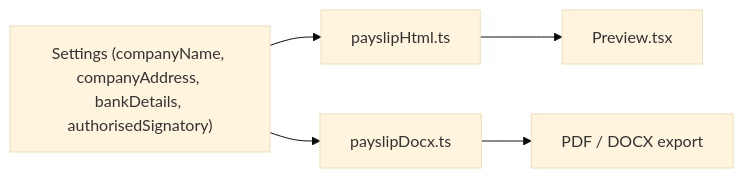
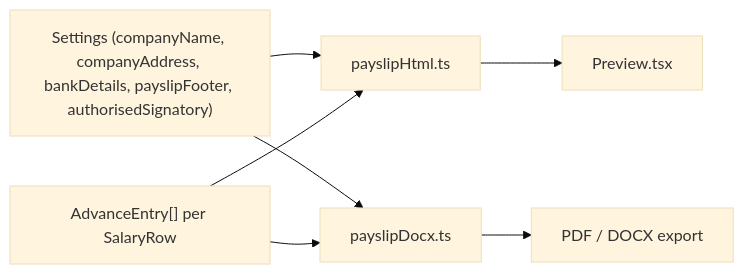
Before and after one commit to MdodoIng/salery-slip-generater: the tenth of 11 diagrams in .qoder/repowiki/en/content/UI Components/SettingsModal Component.md, drawn with Mermaid (base theme). The commit also changed other lines of this file and 22 other files, not shown here.

First line of the commit message:
feat(payslip): centralize computation and add dated advance breakdowns

````diff
--- a/.qoder/repowiki/en/content/UI Components/SettingsModal Component.md
+++ b/.qoder/repowiki/en/content/UI Components/SettingsModal Component.md
@@ -378,7 +516,9 @@
 ```mermaid
 graph LR
-Settings["Settings (companyName, companyAddress, bankDetails, authorisedSignatory)"] --> Html["payslipHtml.ts"]
+Settings["Settings (companyName, companyAddress, bankDetails, payslipFooter, authorisedSignatory)"] --> Html["payslipHtml.ts"]
 Settings --> Docx["payslipDocx.ts"]
+DatedItems["AdvanceEntry[] per SalaryRow"] --> Html
+DatedItems --> Docx
 Html --> Preview["Preview.tsx"]
 Docx --> Export["PDF / DOCX export"]
 ```
````
